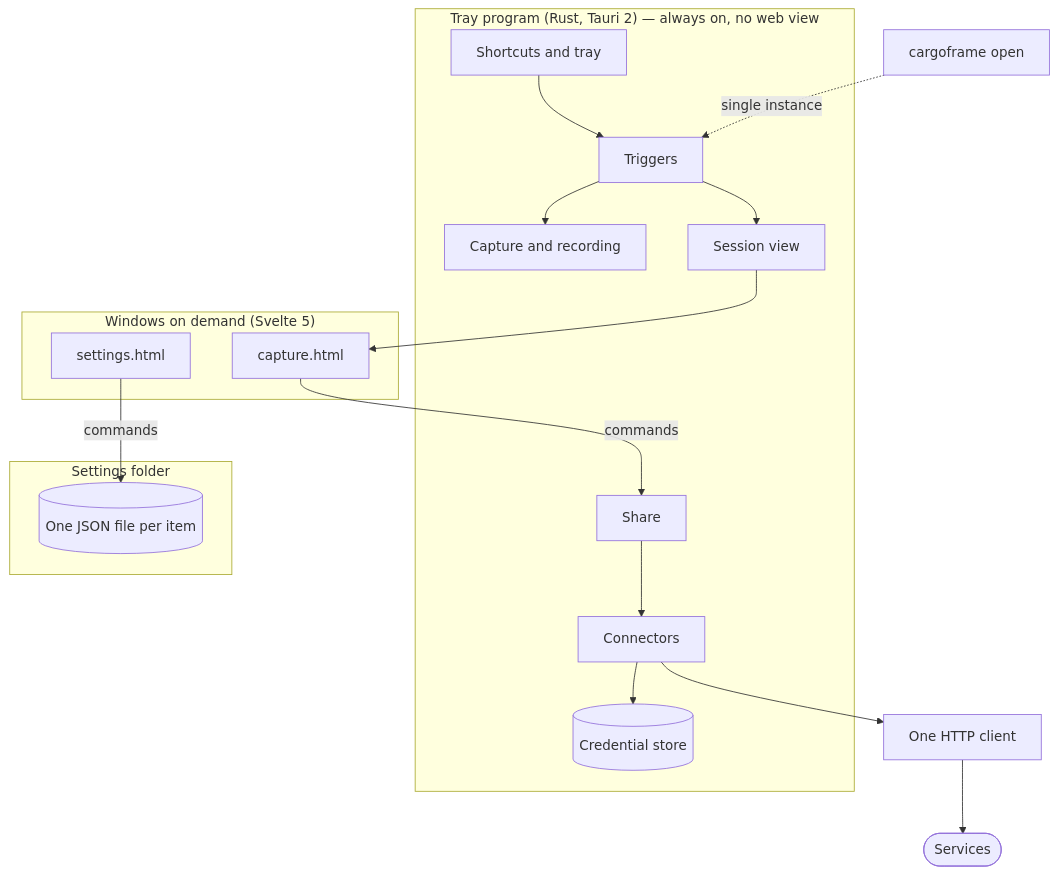
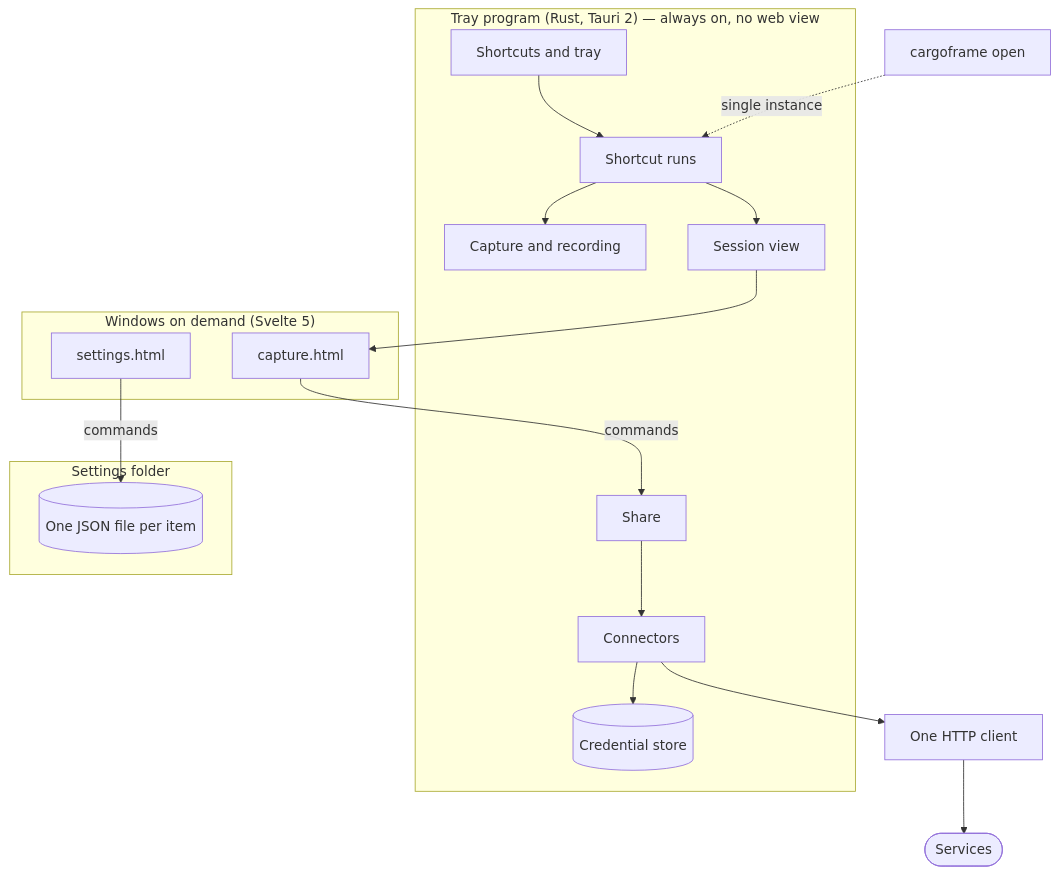
The fourth of 4 diagrams in docs/design.md (SotharL/CargoFrame), drawn with Mermaid before and after one commit. The commit also changed other lines of this file and 96 other files, not shown here.

````diff
--- a/docs/design.md
+++ b/docs/design.md
@@ -293,23 +312,23 @@
 ```mermaid
 flowchart TB
     subgraph Tray["Tray program (Rust, Tauri 2) — always on, no web view"]
-        SC[Shortcuts and tray] --> TR[Triggers]
+        SC[Shortcuts and tray] --> TR[Shortcut runs]
         TR --> CAP[Capture and recording]
         TR --> SES[Session view]
         SH[Share] --> CON[Connectors]
         SEC[(Credential store)]
     end
     subgraph Web["Windows on demand (Svelte 5)"]
         SET[settings.html]
         CW[capture.html]
     end
     subgraph Files["Settings folder"]
         J[(One JSON file per item)]
     end
     SES --> CW
     CW -- commands --> SH
     SET -- commands --> J
     CON --> NET[One HTTP client] --> SVC([Services])
     CON --> SEC
     CLI[cargoframe open] -. single instance .-> TR
 ```
````
